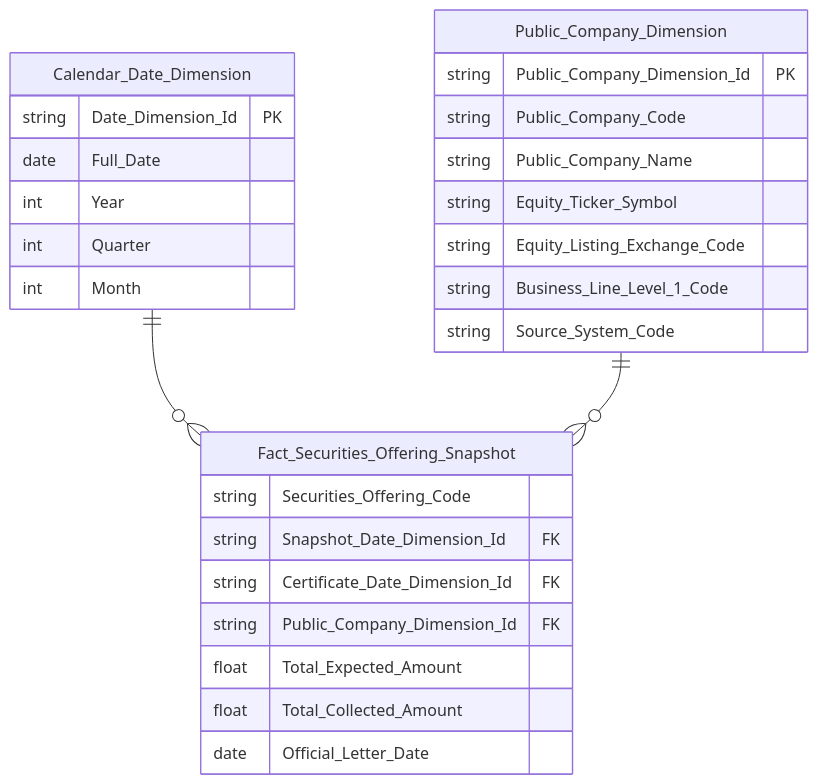
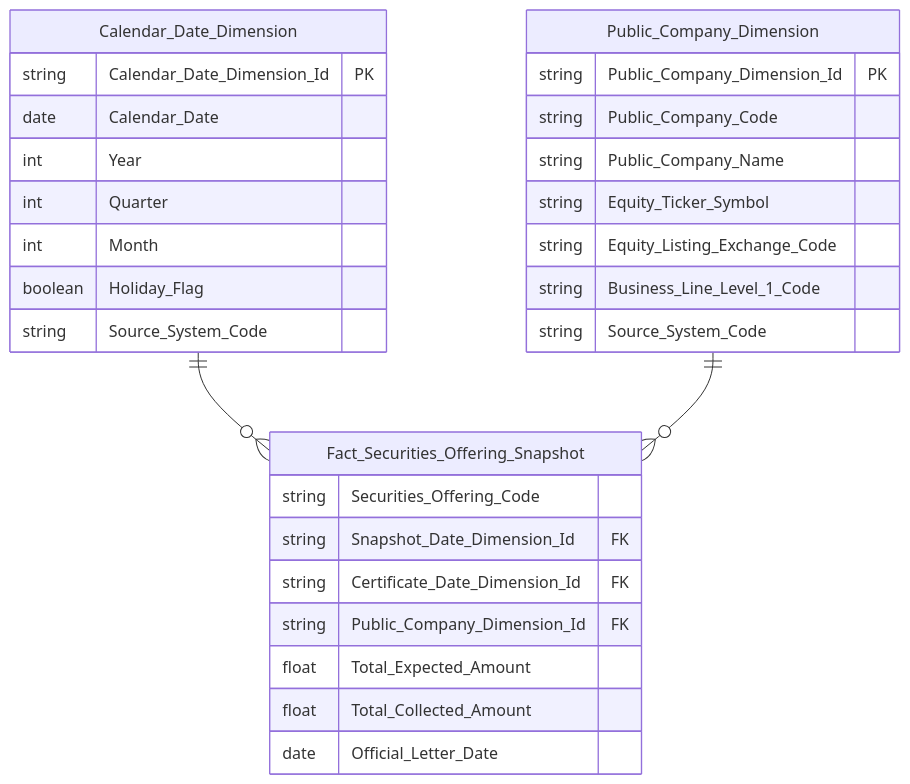
One commit to linhlvit/ubck_atomic_design changed the sixth of 22 diagrams in Datamart/hld/DTM_QLCB_HLD.md. Above: the diagram before and after it, drawn with Mermaid. The commit also changed other lines of this file and 13 other files, not shown here.

````diff
--- a/Datamart/hld/DTM_QLCB_HLD.md
+++ b/Datamart/hld/DTM_QLCB_HLD.md
@@ -291,31 +317,33 @@
 ```mermaid
 erDiagram
     Calendar_Date_Dimension {
-        string Date_Dimension_Id PK
-        date Full_Date
+        string Calendar_Date_Dimension_Id PK
+        date Calendar_Date
         int Year
         int Quarter
         int Month
+        boolean Holiday_Flag
+        string Source_System_Code
     }
     Public_Company_Dimension {
         string Public_Company_Dimension_Id PK
         string Public_Company_Code
         string Public_Company_Name
         string Equity_Ticker_Symbol
         string Equity_Listing_Exchange_Code
         string Business_Line_Level_1_Code
         string Source_System_Code
     }
     Fact_Securities_Offering_Snapshot {
         string Securities_Offering_Code
         string Snapshot_Date_Dimension_Id FK
         string Certificate_Date_Dimension_Id FK
         string Public_Company_Dimension_Id FK
         float Total_Expected_Amount
         float Total_Collected_Amount
         date Official_Letter_Date
     }
 
     Calendar_Date_Dimension ||--o{ Fact_Securities_Offering_Snapshot : " "
     Public_Company_Dimension ||--o{ Fact_Securities_Offering_Snapshot : " "
 ```
````
